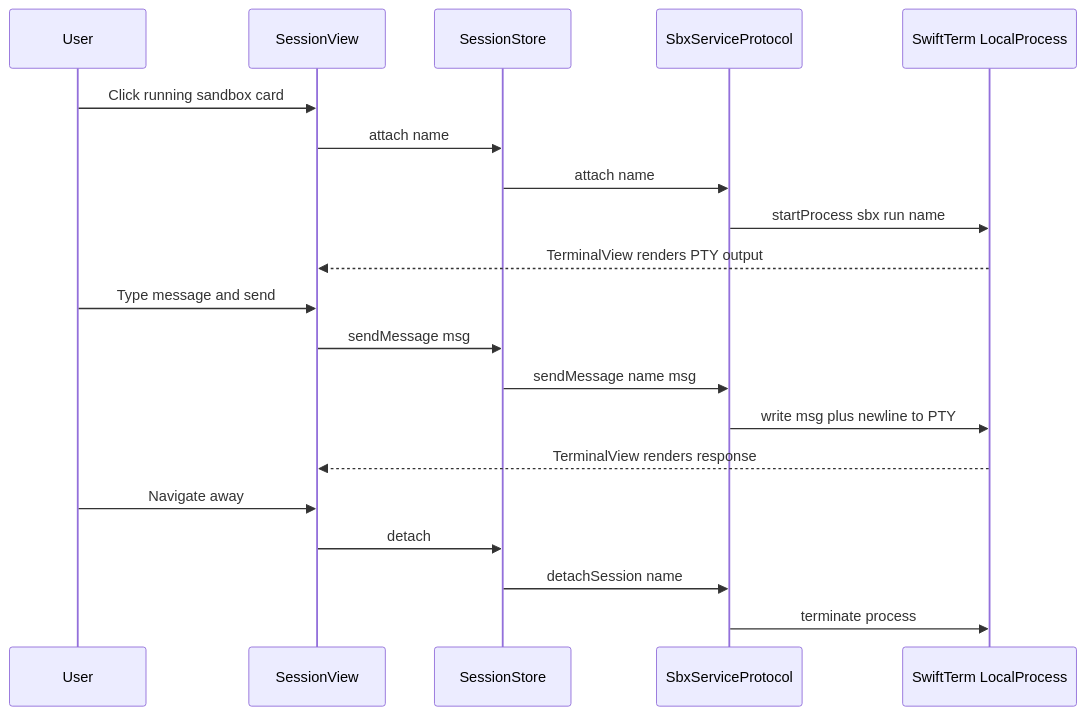
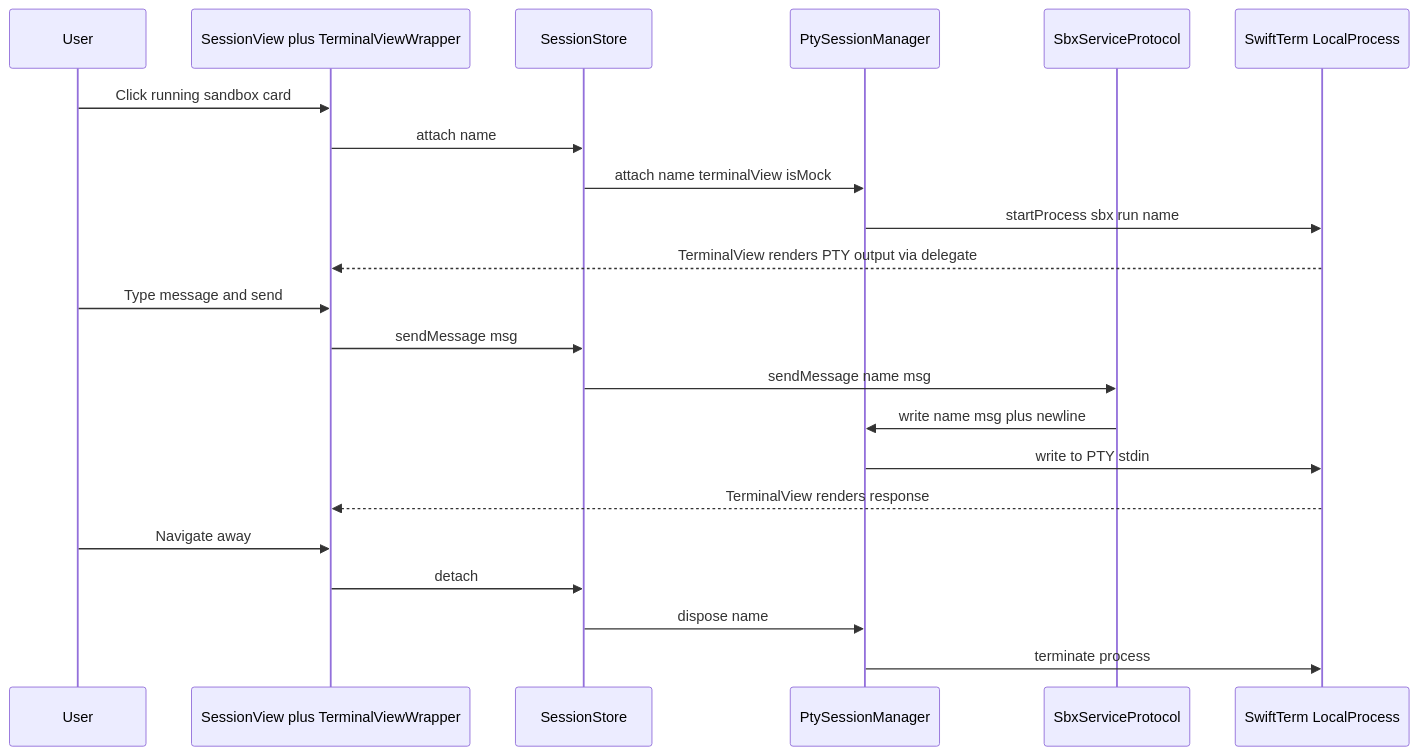
Before and after one commit to TETRA2000/sbx-ui: the third of 4 diagrams in .kiro/specs/sbx-ui/design.md, drawn with Mermaid. The commit also changed other lines of this file and 1 other file, not shown here.

First line of the commit message:
Apply design review fixes: @MainActor, PTY ownership, Sendable docs

````diff
--- a/.kiro/specs/sbx-ui/design.md
+++ b/.kiro/specs/sbx-ui/design.md
@@ -156,25 +156,27 @@
 ```mermaid
 sequenceDiagram
     participant User
-    participant View as SessionView
+    participant View as SessionView plus TerminalViewWrapper
     participant Model as SessionStore
+    participant PtyMgr as PtySessionManager
     participant Service as SbxServiceProtocol
     participant Term as SwiftTerm LocalProcess
 
     User->>View: Click running sandbox card
     View->>Model: attach name
-    Model->>Service: attach name
-    Service->>Term: startProcess sbx run name
-    Term-->>View: TerminalView renders PTY output
+    Model->>PtyMgr: attach name terminalView isMock
+    PtyMgr->>Term: startProcess sbx run name
+    Term-->>View: TerminalView renders PTY output via delegate
 
     User->>View: Type message and send
     View->>Model: sendMessage msg
     Model->>Service: sendMessage name msg
-    Service->>Term: write msg plus newline to PTY
+    Service->>PtyMgr: write name msg plus newline
+    PtyMgr->>Term: write to PTY stdin
     Term-->>View: TerminalView renders response
 
     User->>View: Navigate away
     View->>Model: detach
-    Model->>Service: detachSession name
-    Service->>Term: terminate process
+    Model->>PtyMgr: dispose name
+    PtyMgr->>Term: terminate process
 ```
````
